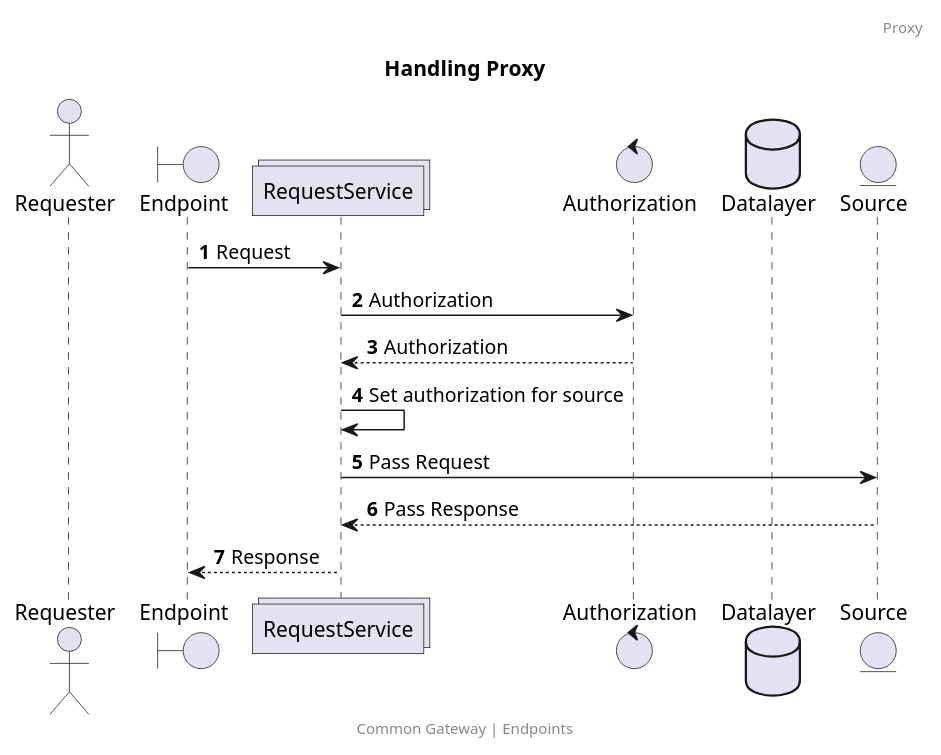
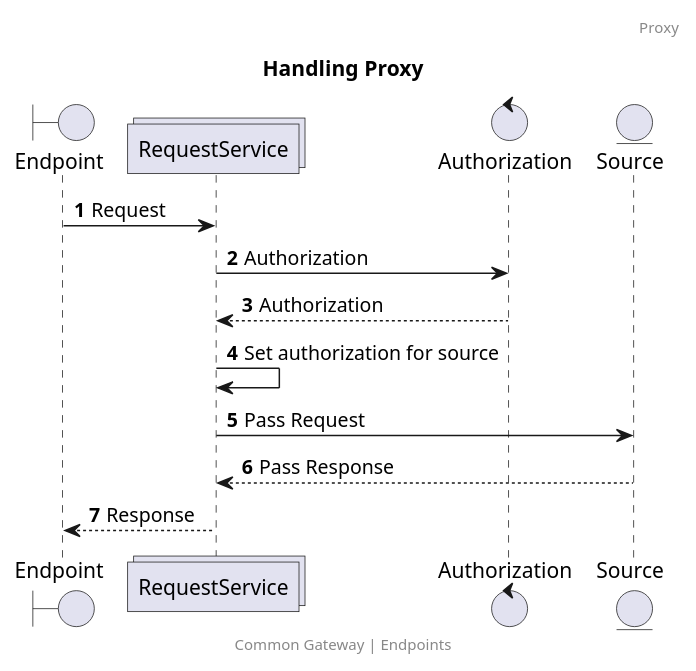
Before and after one commit to CommonGateway/CoreBundle: the diagram in docs/features/request_proxy.puml, drawn with PlantUML. The commit also changed 3 other files, not shown here.

Commit message:
Sequence fixes

```diff
--- a/docs/features/request_proxy.puml
+++ b/docs/features/request_proxy.puml
@@ -1,22 +1,20 @@
 @startuml
 title: Handling Proxy
 footer: Common Gateway | Endpoints
 header: Proxy
 
 autonumber
 
-actor       Requester        as Requester
 boundary    Endpoint         as Endpoint
 collections RequestService   as RequestService
 control     Authorization    as Authorization
-database    Datalayer        as Datalayer
 entity      Source           as Source
 
 Endpoint -> RequestService: Request
 RequestService -> Authorization  : Authorization
 Authorization --> RequestService  : Authorization
 RequestService -> RequestService : Set authorization for source
 RequestService -> Source : Pass Request
 Source --> RequestService: Pass Response
 RequestService --> Endpoint: Response
 @enduml
```
